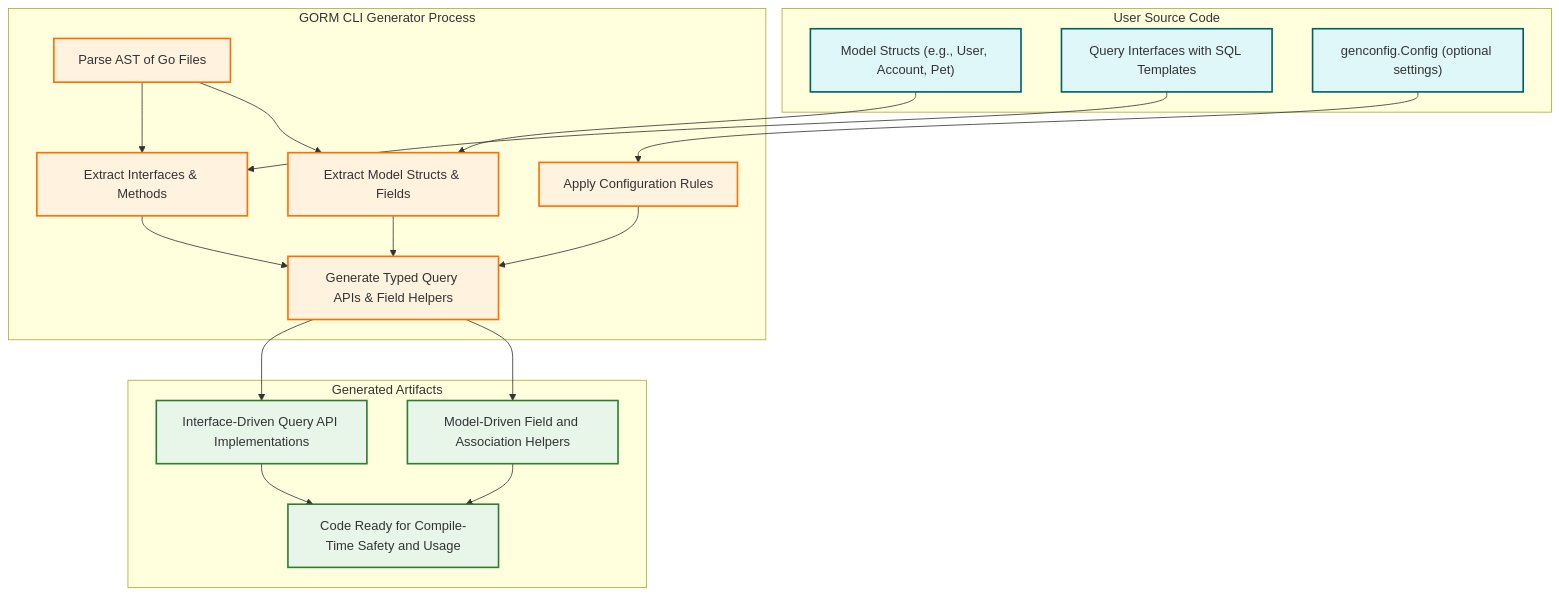
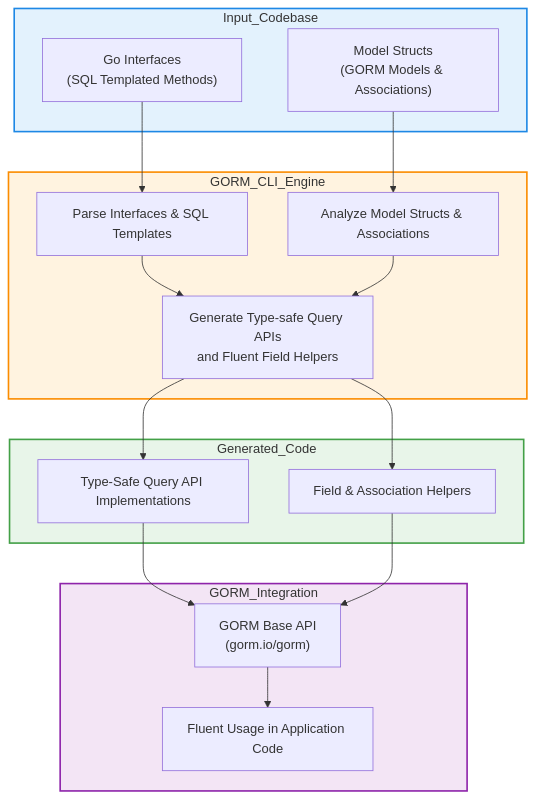
Before and after one commit to clidey/docucod-public-project-3a0e48a9-6b86-4d21-a930-072fe9723c66: the diagram in overview/architecture-and-concepts/architecture-diagram.mdx, drawn with Mermaid. The commit also changed other lines of this file and 32 other files, not shown here.

````diff
--- a/overview/architecture-and-concepts/architecture-diagram.mdx
+++ b/overview/architecture-and-concepts/architecture-diagram.mdx
@@ -45,46 +59,42 @@
 ```mermaid
 flowchart TD
 
-  subgraph "User Source Code"
-    A1["Model Structs (e.g., User, Account, Pet)"]
-    A2["Query Interfaces with SQL Templates"]
-    A3["genconfig.Config (optional settings)"]
+  subgraph Input_Codebase
+    Interfaces["Go Interfaces\n(SQL Templated Methods)"]
+    Models["Model Structs\n(GORM Models & Associations)"]
   end
 
-  subgraph "GORM CLI Generator Process"
-    B1["Parse AST of Go Files"]
-    B2["Extract Interfaces & Methods"]
-    B3["Extract Model Structs & Fields"]
-    B4["Apply Configuration Rules"]
-    B5["Generate Typed Query APIs & Field Helpers"]
+  subgraph GORM_CLI_Engine
+    ParseInterface["Parse Interfaces & SQL Templates"]
+    AnalyzeModels["Analyze Model Structs & Associations"]
+    SynthesizeCode["Generate Type-safe Query APIs\nand Fluent Field Helpers"]
   end
 
-  subgraph "Generated Artifacts"
-    C1["Interface-Driven Query API Implementations"]
-    C2["Model-Driven Field and Association Helpers"]
-    C3["Code Ready for Compile-Time Safety and Usage"]
+  subgraph Generated_Code
+    QueryAPIs["Type-Safe Query API Implementations"]
+    FieldHelpers["Field & Association Helpers"]
   end
 
-  A1 --> B3
-  A2 --> B2
-  A3 --> B4
-  B1 --> B2
-  B1 --> B3
-  B2 --> B5
-  B3 --> B5
-  B4 --> B5
-  B5 --> C1
-  B5 --> C2
-  C1 --> C3
-  C2 --> C3
+  subgraph GORM_Integration
+    GORMCore["GORM Base API\n(gorm.io/gorm)"]
+    FluentQueries["Fluent Usage in Application Code"]
+  end
 
-  %% Style
-  classDef input fill:#e0f7fa,stroke:#006064,stroke-width:2px;
-  classDef processing fill:#fff3e0,stroke:#ff6f00,stroke-width:2px;
-  classDef output fill:#e8f5e9,stroke:#2e7d32,stroke-width:2px;
+  Interfaces --> ParseInterface
+  Models --> AnalyzeModels
+  ParseInterface --> SynthesizeCode
+  AnalyzeModels --> SynthesizeCode
+  SynthesizeCode --> QueryAPIs
+  SynthesizeCode --> FieldHelpers
 
-  class A1,A2,A3 input;
-  class B1,B2,B3,B4,B5 processing;
-  class C1,C2,C3 output;
+  QueryAPIs --> GORMCore
+  FieldHelpers --> GORMCore
+  GORMCore --> FluentQueries
+
+  
+  style Input_Codebase fill:#e3f2fd,stroke:#1e88e5,stroke-width:2px
+  style GORM_CLI_Engine fill:#fff3e0,stroke:#fb8c00,stroke-width:2px
+  style Generated_Code fill:#e8f5e9,stroke:#43a047,stroke-width:2px
+  style GORM_Integration fill:#f3e5f5,stroke:#8e24aa,stroke-width:2px
 
 ```
````
